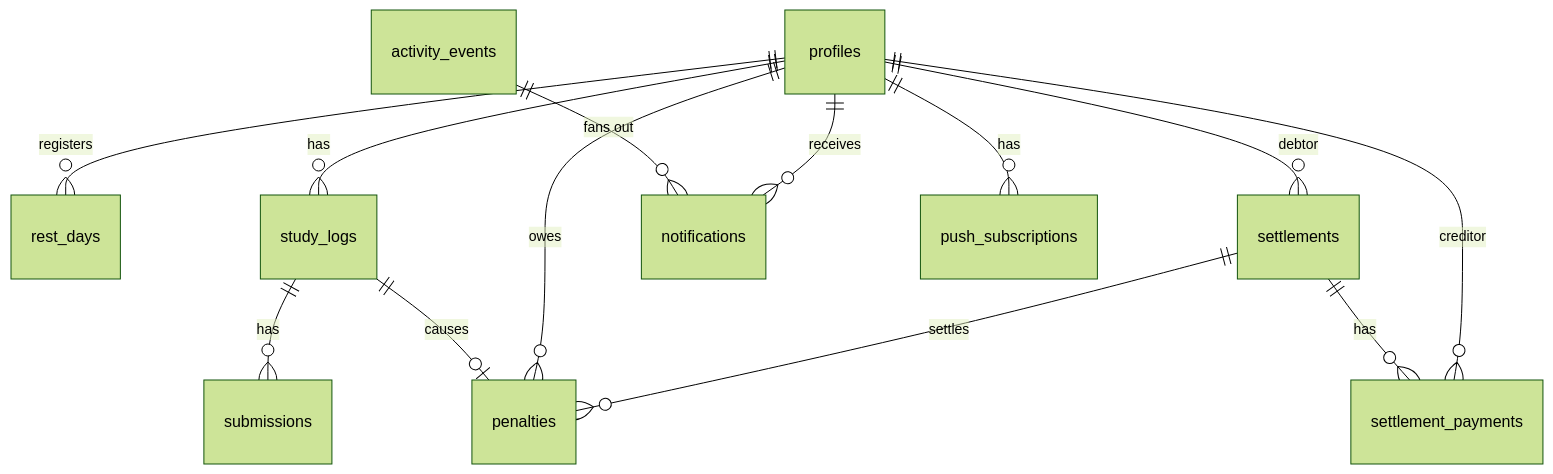
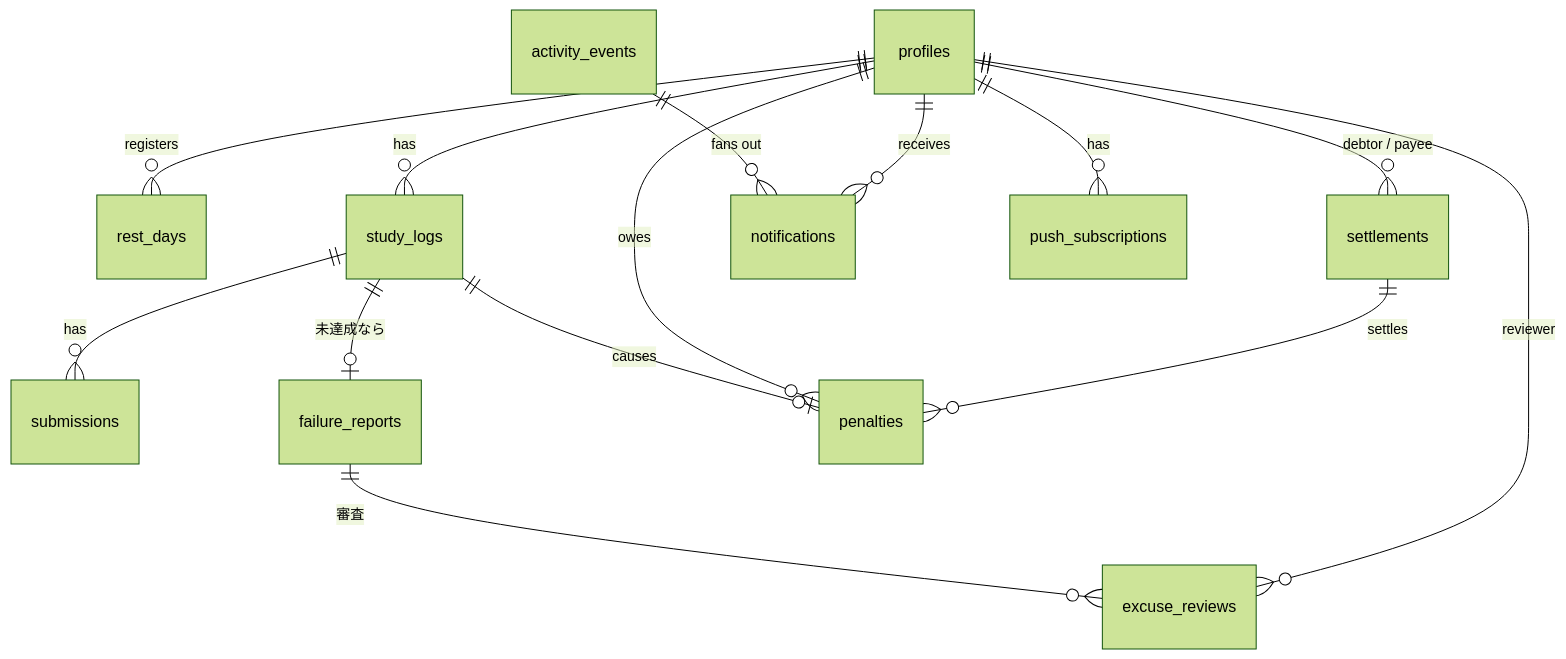
One commit to ashilal1/force-study-app changed the diagram in docs/database.md. Above: the diagram before and after it, drawn with Mermaid (forest theme). The commit also changed other lines of this file and 6 other files, not shown here.

Commit message:
docs: switch to yen-based penalties, failure reasons with peer review, monthly settlement

````diff
--- a/docs/database.md
+++ b/docs/database.md
@@ -7,15 +7,16 @@
 ```mermaid
 erDiagram
     profiles ||--o{ rest_days : "registers"
     profiles ||--o{ study_logs : "has"
     study_logs ||--o{ submissions : "has"
+    study_logs ||--o| failure_reports : "未達成なら"
+    failure_reports ||--o{ excuse_reviews : "審査"
+    profiles ||--o{ excuse_reviews : "reviewer"
     study_logs ||--o| penalties : "causes"
     profiles ||--o{ penalties : "owes"
     settlements ||--o{ penalties : "settles"
-    profiles ||--o{ settlements : "debtor"
-    settlements ||--o{ settlement_payments : "has"
-    profiles ||--o{ settlement_payments : "creditor"
+    profiles ||--o{ settlements : "debtor / payee"
     activity_events ||--o{ notifications : "fans out"
     profiles ||--o{ notifications : "receives"
     profiles ||--o{ push_subscriptions : "has"
 ```
````
